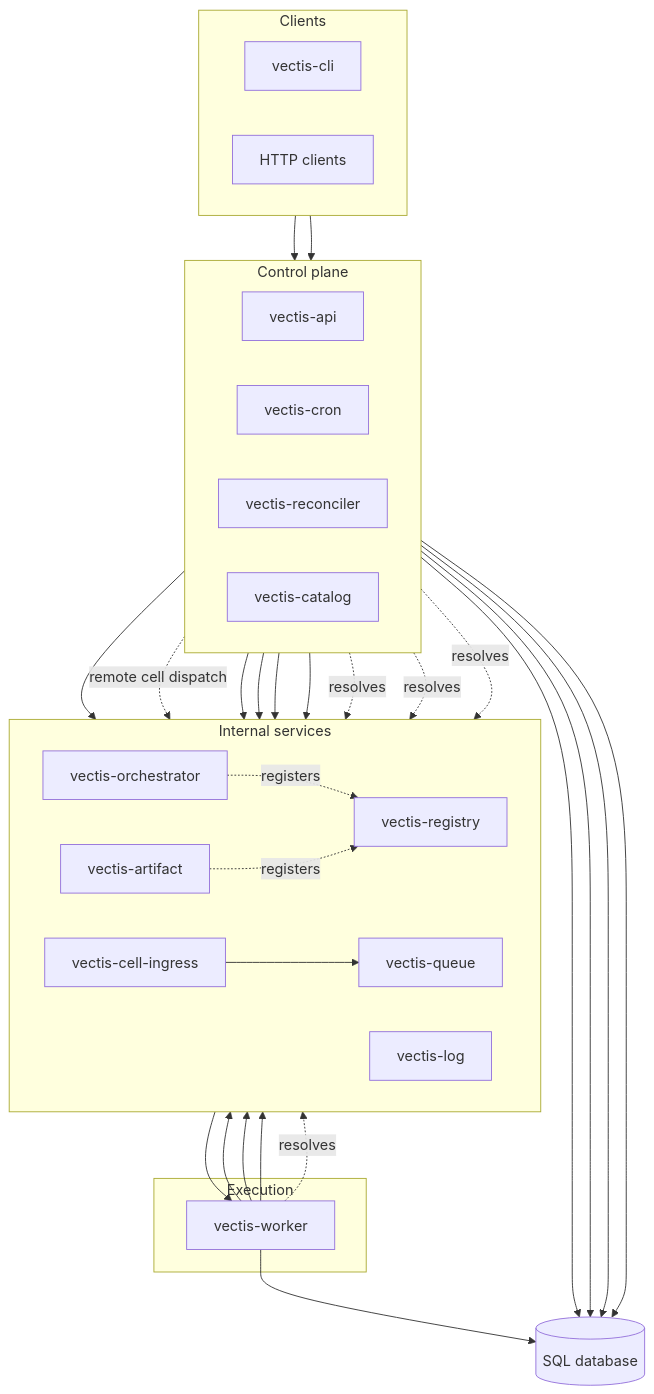
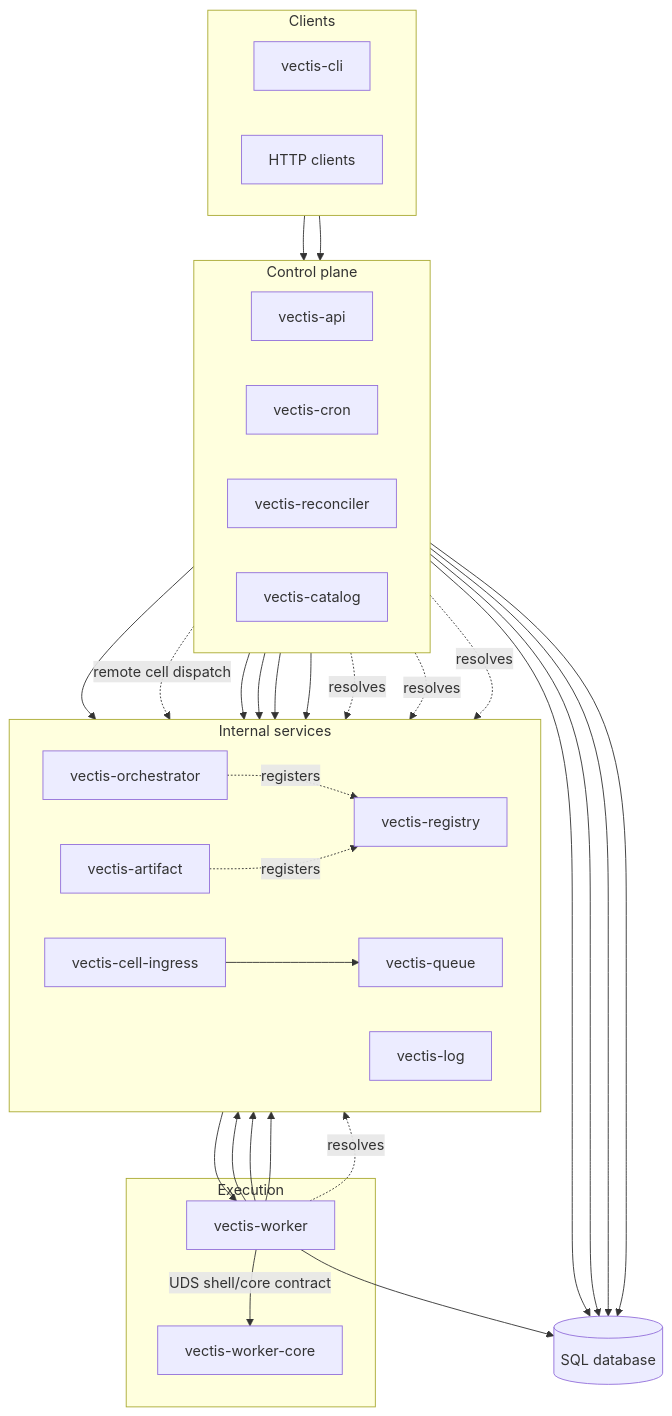
Before and after one commit to garrett-s-wininger/vectis: the diagram in website/docs/concepts/architecture.md, drawn with Mermaid. The commit also changed other lines of this file and 7 other files, not shown here.

Commit message:
feat: hardened worker core tests, examples

````diff
--- a/website/docs/concepts/architecture.md
+++ b/website/docs/concepts/architecture.md
@@ -42,61 +42,63 @@
 ```mermaid
 flowchart TB
   subgraph edge [Clients]
     direction LR
     CLI["vectis-cli"]
     HTTP["HTTP clients"]
   end
 
   subgraph control [Control plane]
     direction LR
     API["vectis-api"]
     CRON["vectis-cron"]
     REC["vectis-reconciler"]
     CAT["vectis-catalog"]
   end
 
   subgraph internal [Internal services]
     direction LR
     REG["vectis-registry"]
     CING["vectis-cell-ingress"]
     Q["vectis-queue"]
     LOG["vectis-log"]
     ART["vectis-artifact"]
     ORCH["vectis-orchestrator"]
   end
 
   subgraph execute [Execution]
     W["vectis-worker"]
+    WC["vectis-worker-core"]
   end
 
   DB[("SQL database")]
 
   CLI --> API
   HTTP --> API
 
   API --> DB
   CRON --> DB
   REC --> DB
   CAT --> DB
   W --> DB
 
   API --> Q
   API -. remote cell dispatch .-> CING
   CING --> Q
   CRON --> Q
   REC --> Q
   Q --> W
+  W -- "UDS shell/core contract" --> WC
 
   W --> ORCH
   W --> LOG
   W --> ART
   API --> LOG
   API --> ART
 
   API -. resolves .-> REG
   CRON -. resolves .-> REG
   REC -. resolves .-> REG
   W -. resolves .-> REG
   ORCH -. registers .-> REG
   ART -. registers .-> REG
 ```
````
